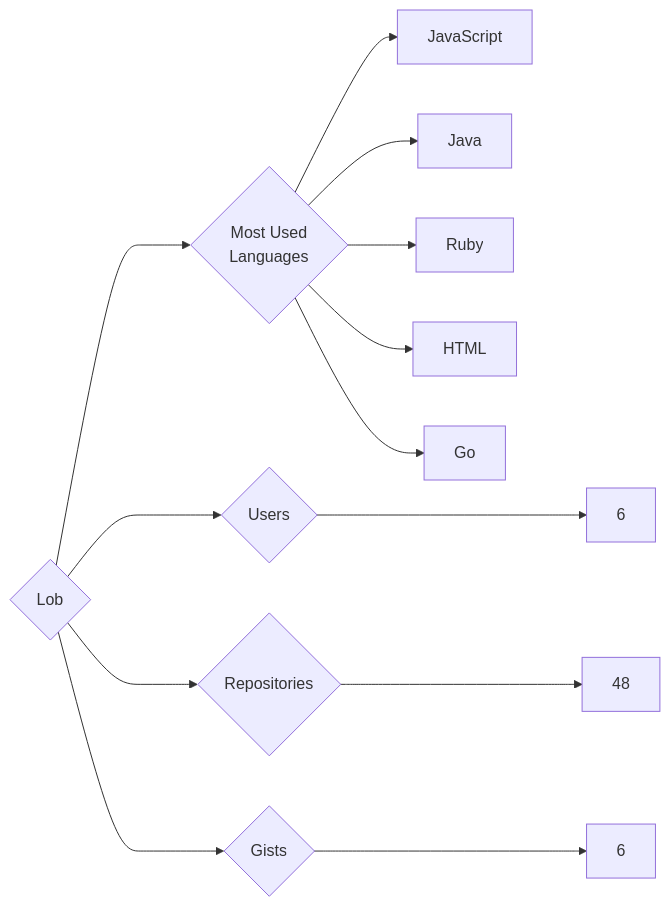
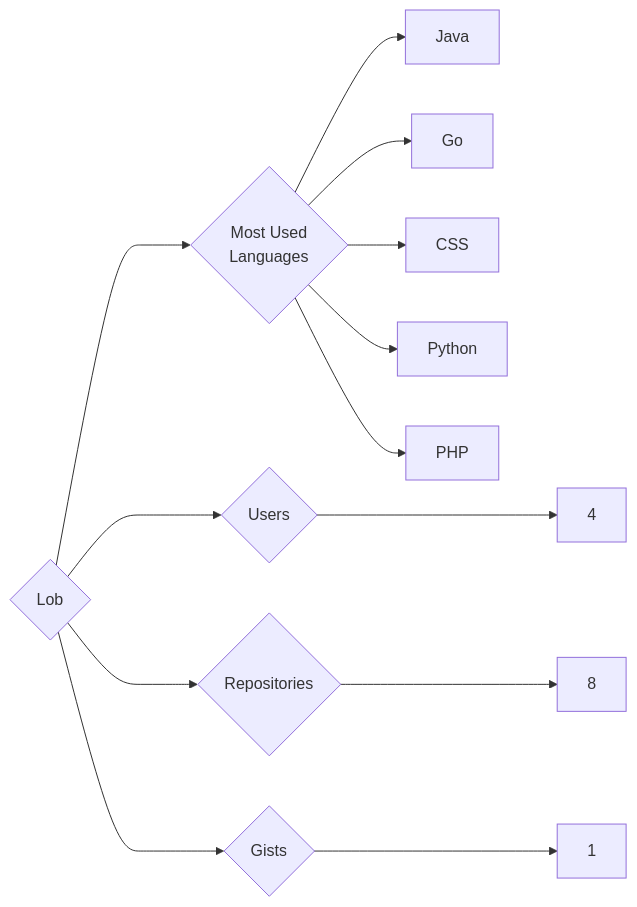
Before and after one commit to trickest/insiders: the diagram in targets/Lob/README.md, drawn with Mermaid. The commit also changed 924 other files, not shown here.

````diff
--- a/targets/Lob/README.md
+++ b/targets/Lob/README.md
@@ -3,13 +3,13 @@
 ```mermaid
 graph LR
 COMPANY_NAME{Lob}
-COMPANY_NAME ---> U{Users} ---> UN[6]
-COMPANY_NAME ---> R{Repositories} ---> RN[48]
-COMPANY_NAME ---> G{Gists} ---> GN[6]
+COMPANY_NAME ---> U{Users} ---> UN[4]
+COMPANY_NAME ---> R{Repositories} ---> RN[8]
+COMPANY_NAME ---> G{Gists} ---> GN[1]
 COMPANY_NAME ---> ML{Most Used<br>Languages}
-ML --> JavaScript[JavaScript]
 ML --> Java[Java]
-ML --> Ruby[Ruby]
-ML --> HTML[HTML]
 ML --> Go[Go]
+ML --> CSS[CSS]
+ML --> Python[Python]
+ML --> PHP[PHP]
 ```
````
